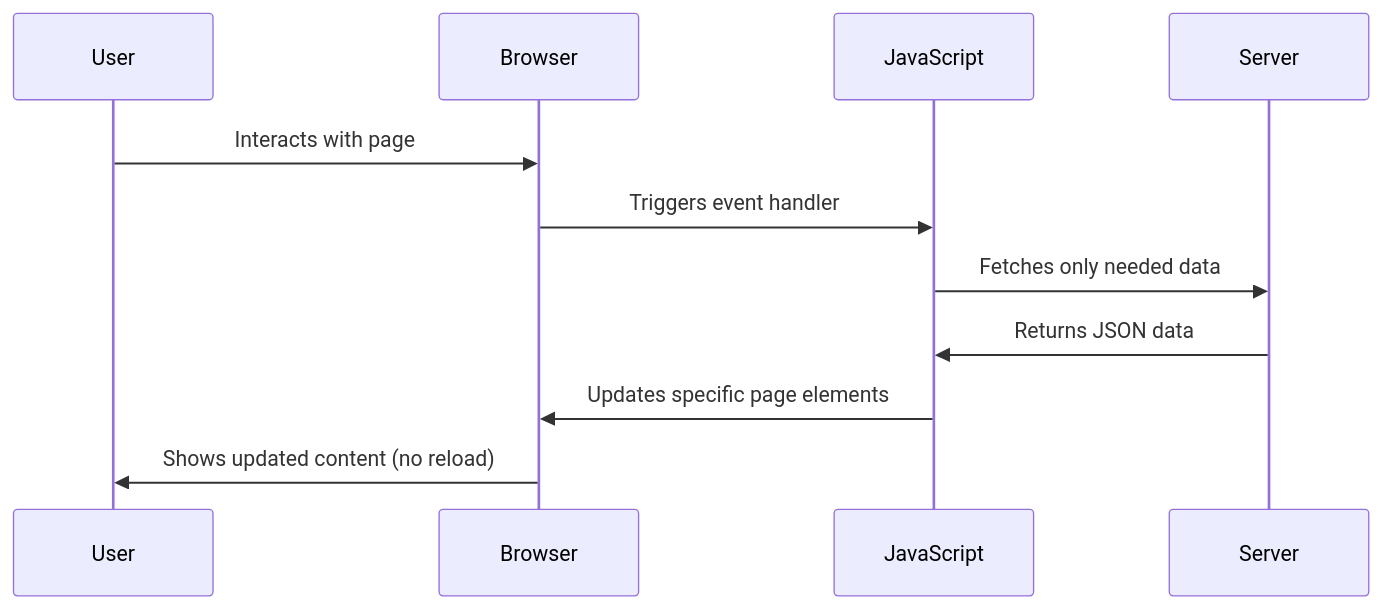
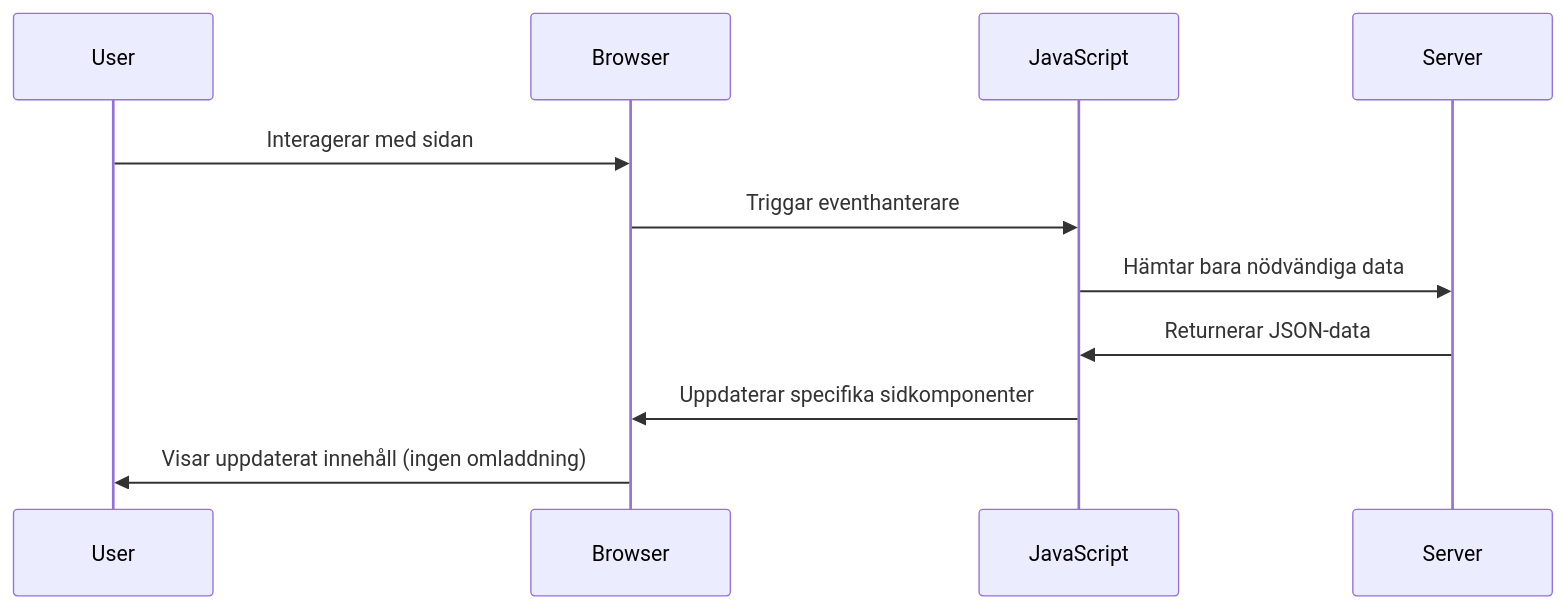
Before and after one commit to microsoft/Web-Dev-For-Beginners: the fifth of 11 diagrams in translations/sv/7-bank-project/3-data/README.md, drawn with Mermaid. The commit also changed other lines of this file and 99 other files, not shown here.

````diff
--- a/translations/sv/7-bank-project/3-data/README.md
+++ b/translations/sv/7-bank-project/3-data/README.md
@@ -77,14 +171,14 @@
 ```mermaid
 sequenceDiagram
     participant User
     participant Browser
     participant JavaScript
     participant Server
     
-    User->>Browser: Interacts with page
-    Browser->>JavaScript: Triggers event handler
-    JavaScript->>Server: Fetches only needed data
-    Server->>JavaScript: Returns JSON data
-    JavaScript->>Browser: Updates specific page elements
-    Browser->>User: Shows updated content (no reload)
+    User->>Browser: Interagerar med sidan
+    Browser->>JavaScript: Triggar eventhanterare
+    JavaScript->>Server: Hämtar bara nödvändiga data
+    Server->>JavaScript: Returnerar JSON-data
+    JavaScript->>Browser: Uppdaterar specifika sidkomponenter
+    Browser->>User: Visar uppdaterat innehåll (ingen omladdning)
 ```
````
